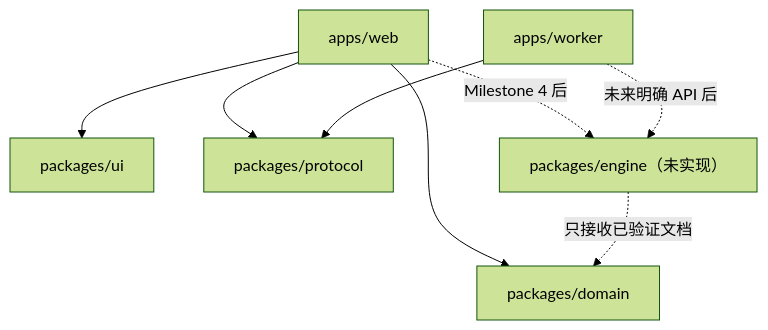
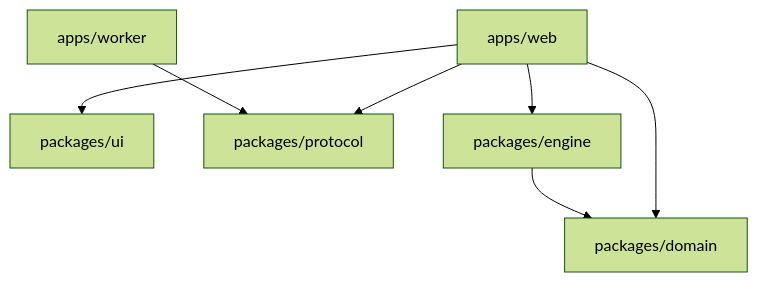
Before and after one commit to kasperyhr/axiom-garden: the second of 4 diagrams in docs/ARCHITECTURE.md, drawn with Mermaid (forest theme). The commit also changed other lines of this file and 51 other files, not shown here.

````diff
--- a/docs/ARCHITECTURE.md
+++ b/docs/ARCHITECTURE.md
@@ -54,10 +58,9 @@
 ```mermaid
 flowchart TD
   Web["apps/web"] --> UI["packages/ui"]
   Web --> Protocol["packages/protocol"]
   Web --> Domain["packages/domain"]
+  Web --> Engine["packages/engine"]
+  Engine --> Domain
   Worker["apps/worker"] --> Protocol
-  Web -. "Milestone 4 后" .-> Engine["packages/engine（未实现）"]
-  Worker -. "未来明确 API 后" .-> Engine
-  Engine -. "只接收已验证文档" .-> Domain
 ```
````
